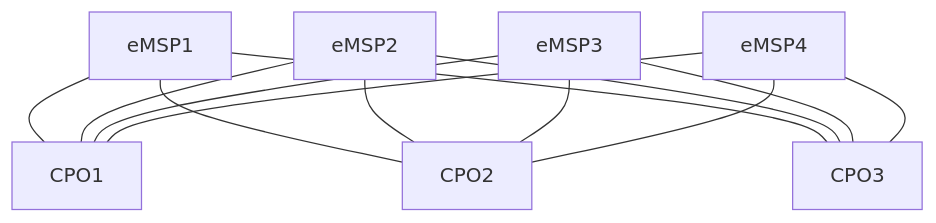
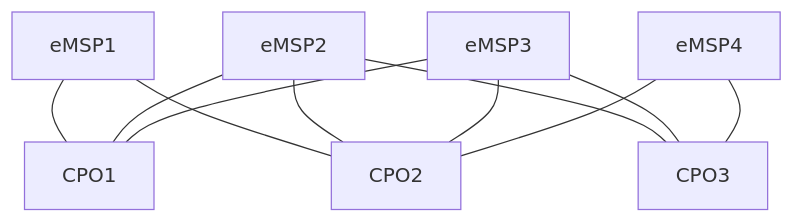
Before and after one commit to aasanchez/ev-protocols: the diagram in docs/topology/03-multiple-peer-to-peer-connections.md, drawn with Mermaid. The commit also changed 5 other files, not shown here.

Commit message:
More diagrams

````diff
--- a/docs/topology/03-multiple-peer-to-peer-connections.md
+++ b/docs/topology/03-multiple-peer-to-peer-connections.md
@@ -11,15 +11,13 @@
 ```mermaid
 graph TB
-    A[eMSP1] --- CPO1
-    B[eMSP2] --- CPO1
-    C[eMSP3] --- CPO1
-    D[eMSP4] --- CPO1
-    A[eMSP1] --- CPO2
-    B[eMSP2] --- CPO2
-    C[eMSP3] --- CPO2
-    D[eMSP4] --- CPO2
-    A[eMSP1] --- CPO3
-    B[eMSP2] --- CPO3
-    C[eMSP3] --- CPO3
-    D[eMSP4] --- CPO3
+    eMSP1 --- CPO1
+    eMSP2 --- CPO1
+    eMSP3 --- CPO1
+    eMSP1 --- CPO2
+    eMSP2 --- CPO2
+    eMSP3 --- CPO2
+    eMSP4 --- CPO2
+    eMSP2 --- CPO3
+    eMSP3 --- CPO3
+    eMSP4 --- CPO3
 ```
````
